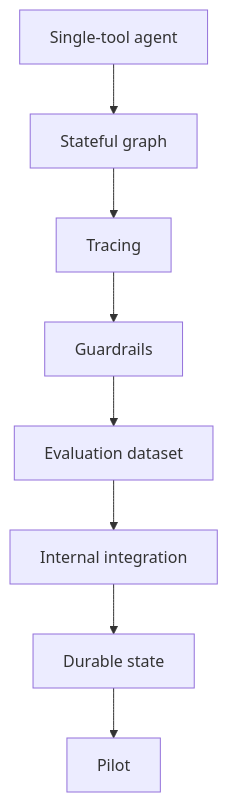
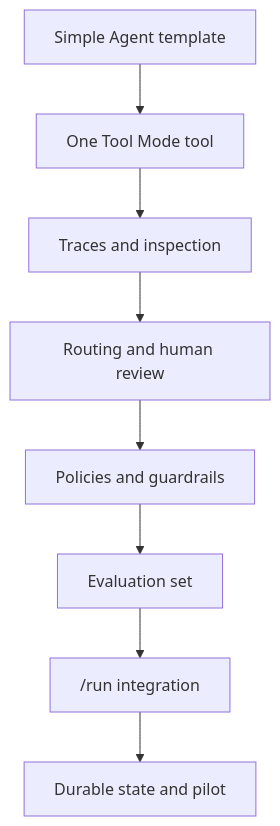
One commit to naren-allam/agents-beginners changed diagram 12 of 13 in book/chapters/chapter-05-transitioning-from-traditional-engineering-to-agentic-ai.md. Above: the diagram before and after it, drawn with Mermaid. The commit also changed other lines of this file and 28 other files, not shown here.

````diff
--- a/book/chapters/chapter-05-transitioning-from-traditional-engineering-to-agentic-ai.md
+++ b/book/chapters/chapter-05-transitioning-from-traditional-engineering-to-agentic-ai.md
@@ -422,19 +477,19 @@
 ```mermaid
 flowchart TD
-    Step1["Single-tool agent"]
-    Step2["Stateful graph"]
-    Step3["Tracing"]
-    Step4["Guardrails"]
-    Step5["Evaluation dataset"]
-    Step6["Internal integration"]
-    Step7["Durable state"]
-    Step8["Pilot"]
+    Step1["Simple Agent template"]
+    Step2["One Tool Mode tool"]
+    Step3["Traces and inspection"]
+    Step4["Routing and human review"]
+    Step5["Policies and guardrails"]
+    Step6["Evaluation set"]
+    Step7["/run integration"]
+    Step8["Durable state and pilot"]
 
     Step1 --> Step2
     Step2 --> Step3
     Step3 --> Step4
     Step4 --> Step5
     Step5 --> Step6
     Step6 --> Step7
     Step7 --> Step8
 ```
````
